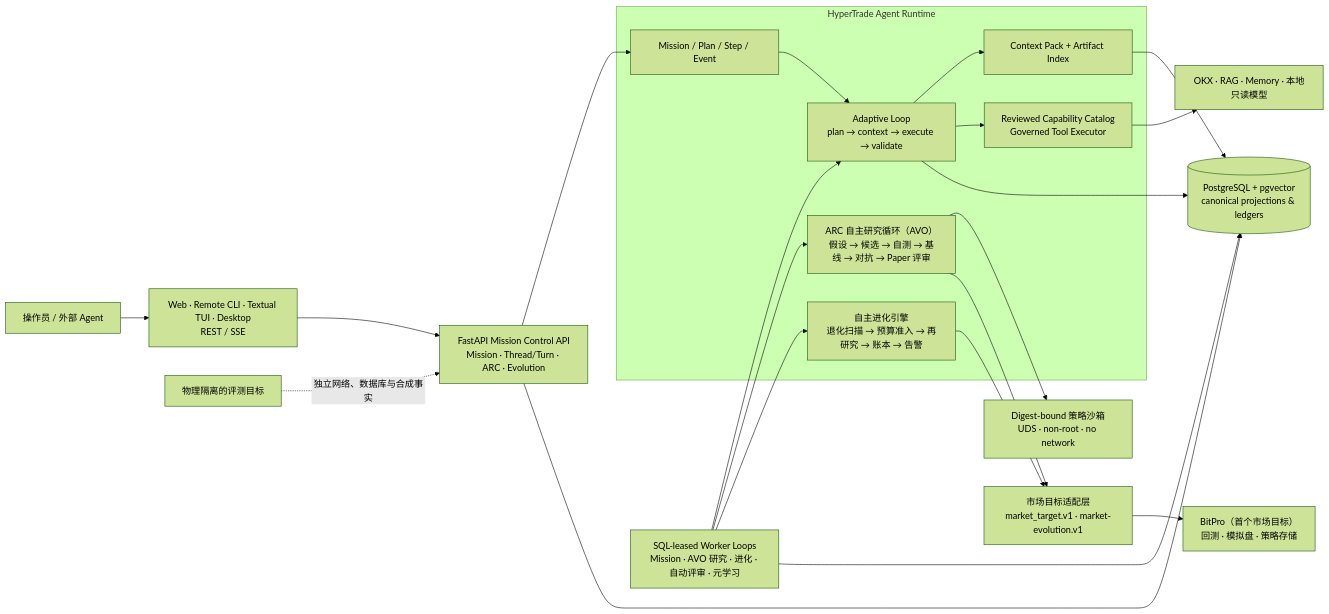
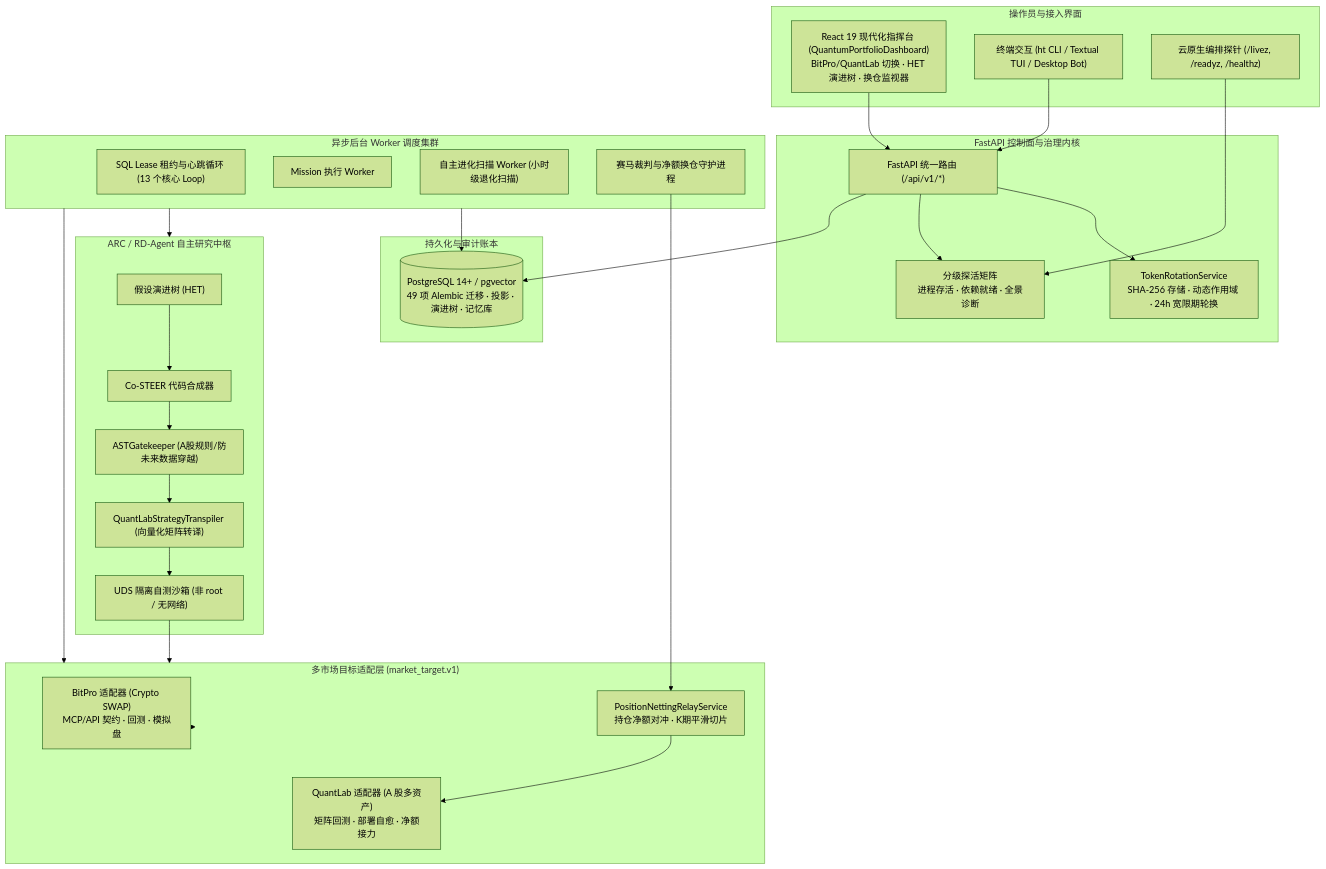
One commit to Shadowell/HyperTrade changed the diagram in docs/architecture/33-system-architecture.md. Above: the diagram before and after it, drawn with Mermaid (forest theme). The commit also changed other lines of this file and 3 other files, not shown here.

Commit message:
docs(architecture): 新增 66、67 架构设计文档并刷新总览与系统架构

````diff
--- a/docs/architecture/33-system-architecture.md
+++ b/docs/architecture/33-system-architecture.md
@@ -54,42 +48,55 @@
-~~~mermaid
-flowchart LR
-  Operator["操作员 / 外部 Agent"]
-  Surfaces["Web · Remote CLI · Textual TUI · Desktop<br/>REST / SSE"]
-  API["FastAPI Mission Control API<br/>Mission · Thread/Turn · ARC · Evolution"]
-  Worker["SQL-leased Worker Loops<br/>Mission · AVO 研究 · 进化 · 自动评审 · 元学习"]
-
-  subgraph Runtime["HyperTrade Agent Runtime"]
-    Mission["Mission / Plan / Step / Event"]
-    Loop["Adaptive Loop<br/>plan → context → execute → validate"]
-    Research["ARC 自主研究循环（AVO）<br/>假设 → 候选 → 自测 → 基线 → 对抗 → Paper 评审"]
-    Evolution["自主进化引擎<br/>退化扫描 → 预算准入 → 再研究 → 账本 → 告警"]
-    Catalog["Reviewed Capability Catalog<br/>Governed Tool Executor"]
-    Context["Context Pack + Artifact Index"]
+```mermaid
+flowchart TB
+  subgraph Surfaces["操作员与接入界面"]
+    Web["React 19 现代化指挥台 (QuantumPortfolioDashboard)<br/>BitPro/QuantLab 切换 · HET 演进树 · 换仓监视器"]
+    CLI["终端交互 (ht CLI / Textual TUI / Desktop Bot)"]
+    K8s["云原生编排探针 (/livez, /readyz, /healthz)"]
   end
 
-  Targets["市场目标适配层<br/>market_target.v1 · market-evolution.v1"]
-  DB[("PostgreSQL + pgvector<br/>canonical projections & ledgers")]
-  BitPro["BitPro（首个市场目标）<br/>回测 · 模拟盘 · 策略存储"]
-  External["OKX · RAG · Memory · 本地只读模型"]
-  Sandbox["Digest-bound 策略沙箱<br/>UDS · non-root · no network"]
-  Eval["物理隔离的评测目标"]
+  subgraph ControlPlane["FastAPI 控制面与治理内核"]
+    API["FastAPI 统一路由 (/api/v1/*)"]
+    TokenManager["TokenRotationService<br/>SHA-256 存储 · 动态作用域 · 24h 宽限期轮换"]
+    HealthProbes["分级探活矩阵<br/>进程存活 · 依赖就绪 · 全景诊断"]
+    API --> TokenManager
+    API --> HealthProbes
+  end
 
-  Operator --> Surfaces --> API
-  API --> Mission
-  API --> DB
-  Worker --> DB
-  Worker --> Loop
-  Worker --> Research
-  Worker --> Evolution
-  Mission --> Loop
-  Loop --> Context
-  Loop --> Catalog
-  Catalog --> External
-  Research --> Sandbox
-  Research --> Targets
-  Evolution --> Targets
-  Targets --> BitPro
-  Context --> DB
-  Loop --> DB
-  Eval -. 独立网络、数据库与合成事实 .-> API
-~~~
+  subgraph WorkerCore["异步后台 Worker 调度集群"]
+    WorkerLoop["SQL Lease 租约与心跳循环 (13 个核心 Loop)"]
+    MissionWorker["Mission 执行 Worker"]
+    EvolutionWorker["自主进化扫描 Worker (小时级退化扫描)"]
+    RaceJudgeWorker["赛马裁判与净额换仓守护进程"]
+  end
+
+  subgraph ResearchEngine["ARC / RD-Agent 自主研究中枢"]
+    HET["假设演进树 (HET)"]
+    CoSTEER["Co-STEER 代码合成器"]
+    ASTGate["ASTGatekeeper (A股规则/防未来数据穿越)"]
+    Transpiler["QuantLabStrategyTranspiler (向量化矩阵转译)"]
+    Sandbox["UDS 隔离自测沙箱 (非 root / 无网络)"]
+    
+    HET --> CoSTEER --> ASTGate --> Transpiler --> Sandbox
+  end
+
+  subgraph TargetAdapters["多市场目标适配层 (market_target.v1)"]
+    BitProAdapter["BitPro 适配器 (Crypto SWAP)<br/>MCP/API 契约 · 回测 · 模拟盘"]
+    QuantLabAdapter["QuantLab 适配器 (A 股多资产)<br/>矩阵回测 · 部署自愈 · 净额接力"]
+    NettingService["PositionNettingRelayService<br/>持仓净额对冲 · K期平滑切片"]
+  end
+
+  subgraph Persistence["持久化与审计账本"]
+    PG[("PostgreSQL 14+ / pgvector<br/>49 项 Alembic 迁移 · 投影 · 演进树 · 记忆库")]
+  end
+
+  Web --> API
+  CLI --> API
+  K8s --> HealthProbes
+  API --> PG
+  WorkerCore --> PG
+  WorkerCore --> ResearchEngine
+  WorkerCore --> TargetAdapters
+  Sandbox --> TargetAdapters
+  RaceJudgeWorker --> NettingService --> QuantLabAdapter
+  TargetAdapters --> BitProAdapter
+  TargetAdapters --> QuantLabAdapter
+```
````
